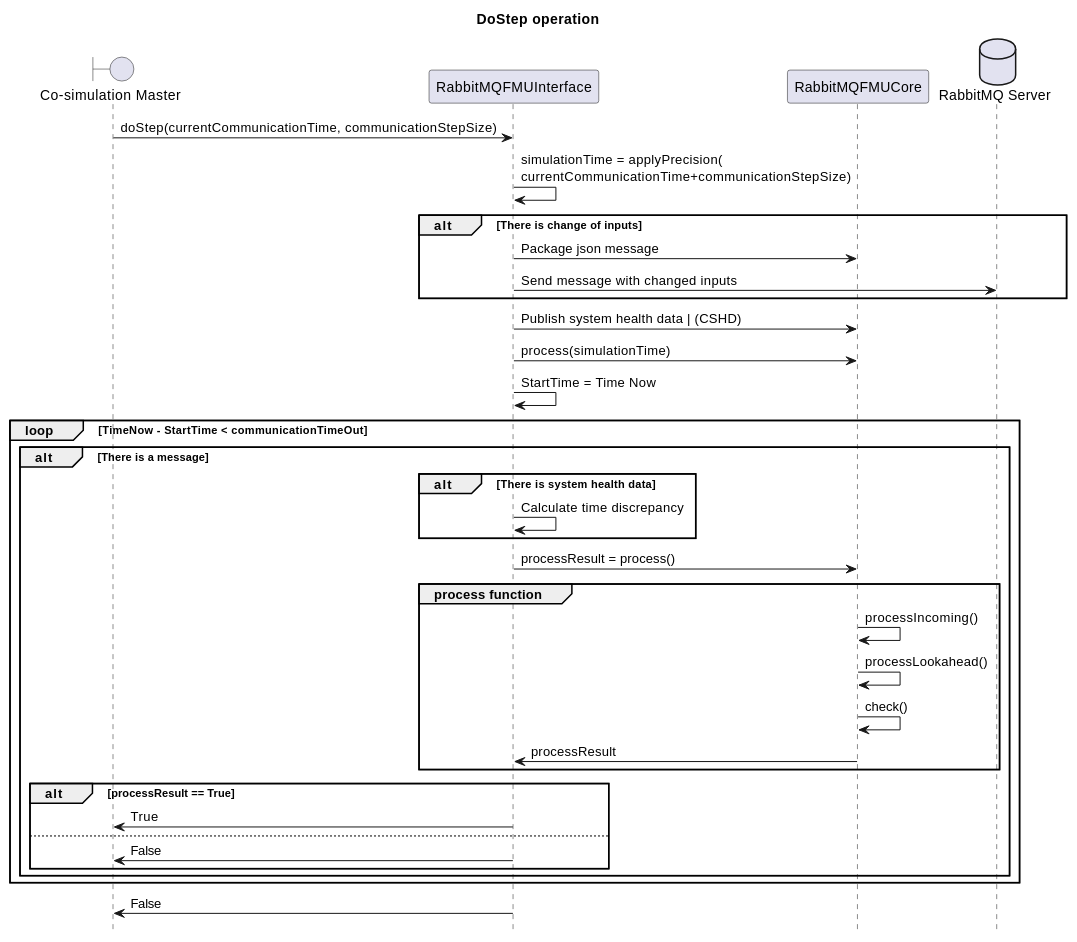
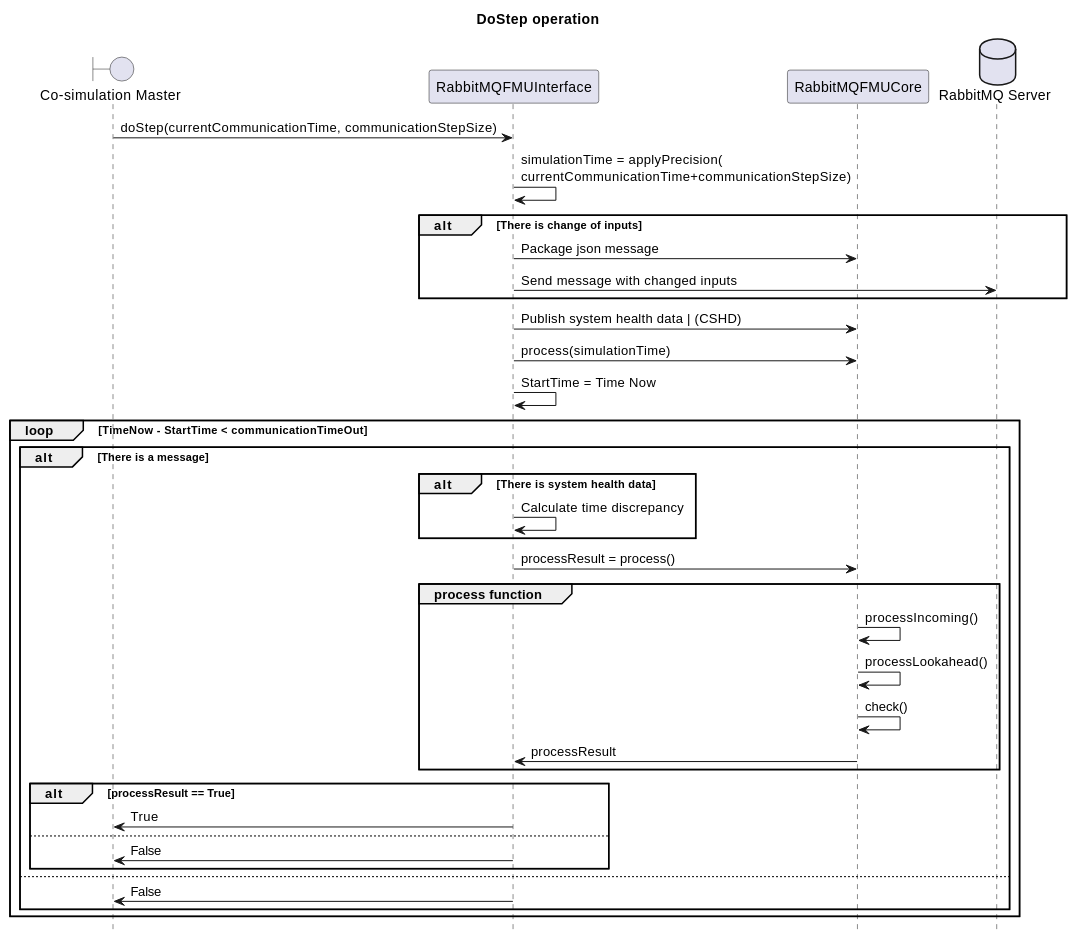
One commit to INTO-CPS-Association/fmu-rabbitmq changed the third of 3 diagrams in docs/data-handling.rst. Above: the diagram before and after it, drawn with PlantUML.

```diff
--- a/docs/data-handling.rst
+++ b/docs/data-handling.rst
@@ -117,41 +117,42 @@
 .. uml::
 
     title DoStep operation
     hide footbox
 
     boundary "Co-simulation Master" as Master
     participant RabbitMQFMUInterface as FMUI
     participant RabbitMQFMUCore as FMUC
     database "RabbitMQ Server" as server
 
 
     Master -> FMUI: doStep(currentCommunicationTime, communicationStepSize)
     FMUI -> FMUI: simulationTime = applyPrecision(\ncurrentCommunicationTime+communicationStepSize)
     alt There is change of inputs
         FMUI -> FMUC: Package json message
         FMUI -> server: Send message with changed inputs
     end
     FMUI -> FMUC: Publish system health data | (CSHD)
     FMUI -> FMUC: process(simulationTime)
     FMUI -> FMUI: StartTime = Time Now
     loop TimeNow - StartTime < communicationTimeOut
         alt There is a message
             alt There is system health data
                FMUI -> FMUI: Calculate time discrepancy
             end
             
             FMUI -> FMUC: processResult = process()
             group process function
                  FMUC -> FMUC: processIncoming()
                  FMUC -> FMUC: processLookahead()
                  FMUC -> FMUC: check()
                  FMUC -> FMUI: processResult
             end
             alt processResult == True
                 FMUI -> Master: True
             else
                 FMUI -> Master: False
             end
+        else
+            FMUI -> Master: False
         end
     end
-    FMUI -> Master: False
```
